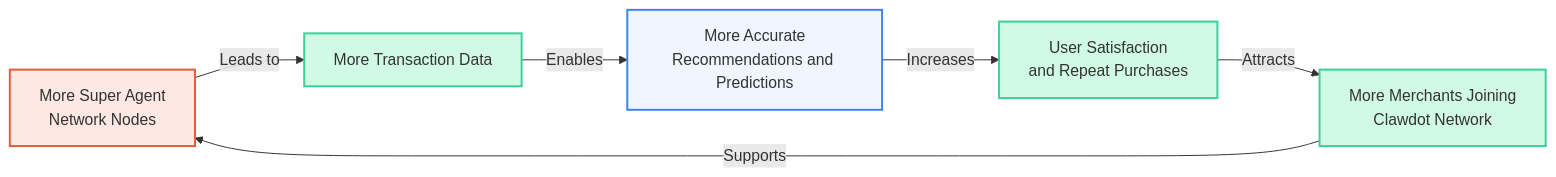
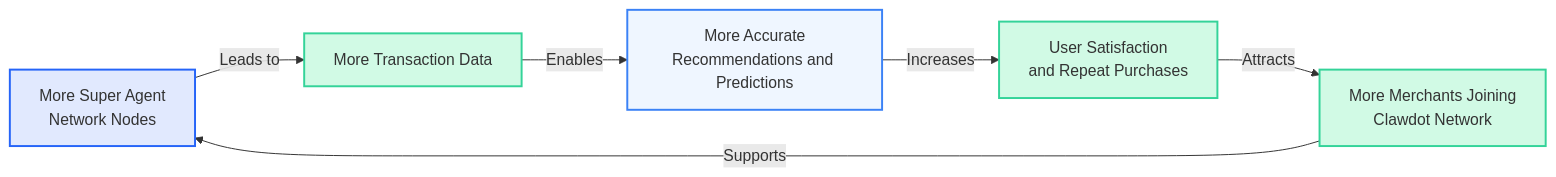
One commit to clawdot/docs changed the third of 4 diagrams in en/super-agent/capabilities.mdx. Above: the diagram before and after it, drawn with Mermaid. The commit also changed other lines of this file and 43 other files, not shown here.

````diff
--- a/en/super-agent/capabilities.mdx
+++ b/en/super-agent/capabilities.mdx
@@ -185,14 +185,14 @@
 ```mermaid
 graph LR
   A["More Super Agent<br/>Network Nodes"] -->|Leads to| B["More Transaction Data"]
   B -->|Enables| C["More Accurate<br/>Recommendations and Predictions"]
   C -->|Increases| D["User Satisfaction<br/>and Repeat Purchases"]
   D -->|Attracts| E["More Merchants Joining<br/>Clawdot Network"]
   E -->|Supports| A
 
-  style A fill:#fde8e4,stroke:#E8593C,stroke-width:2px
+  style A fill:#E1E9FE,stroke:#2564F8,stroke-width:2px
   style B fill:#D1FAE5,stroke:#34D399,stroke-width:2px
   style C fill:#EFF6FF,stroke:#3B82F6,stroke-width:2px
   style D fill:#D1FAE5,stroke:#34D399,stroke-width:2px
   style E fill:#D1FAE5,stroke:#34D399,stroke-width:2px
 ```
````
